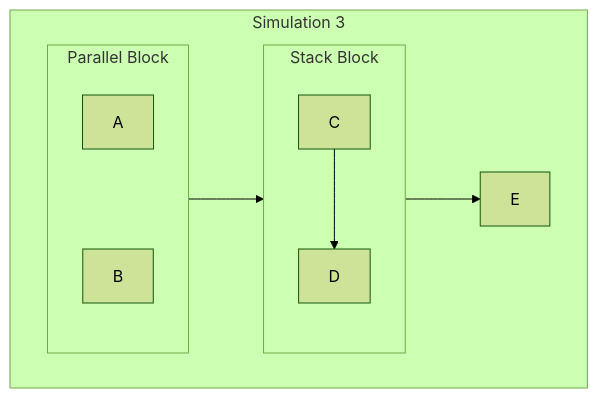
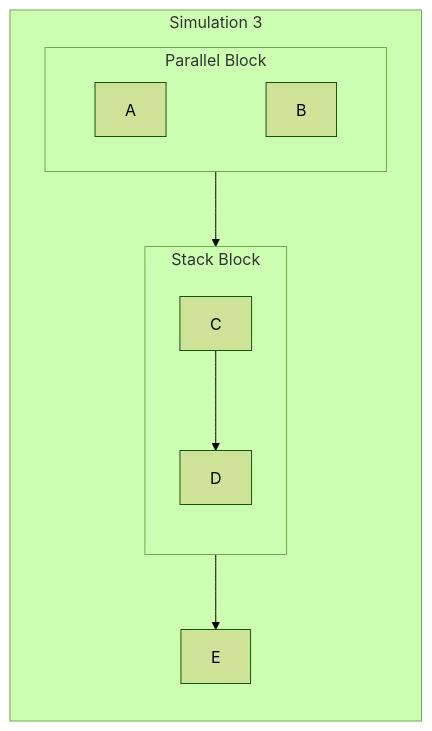
Before and after one commit to BlockScience/MSML: the third of 3 diagrams in dev/Test.md, drawn with Mermaid (forest theme). The commit also changed other lines of this file and 1 other file, not shown here.

Commit message:
Finish graph POC

````diff
--- a/dev/Test.md
+++ b/dev/Test.md
@@ -23,18 +23,21 @@
 ```mermaid
-graph TD
+graph TB
 subgraph X8[Simulation 3]
+direction TB
 subgraph X3[Parallel Block]
+direction LR
 X1[A]
 X2[B]
 X1 ~~~ X2
 end
 subgraph X6[Stack Block]
+direction TB
 X4[C]
 X5[D]
 X4-->X5
 end
 X7[E]
 X3-->X6
 X6-->X7
 end
 ```
````
